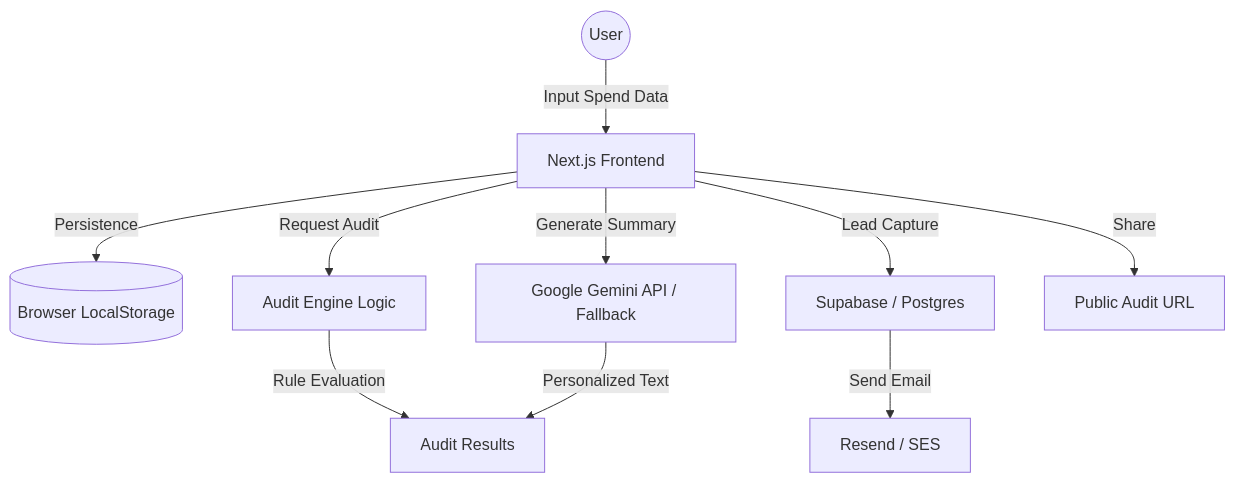
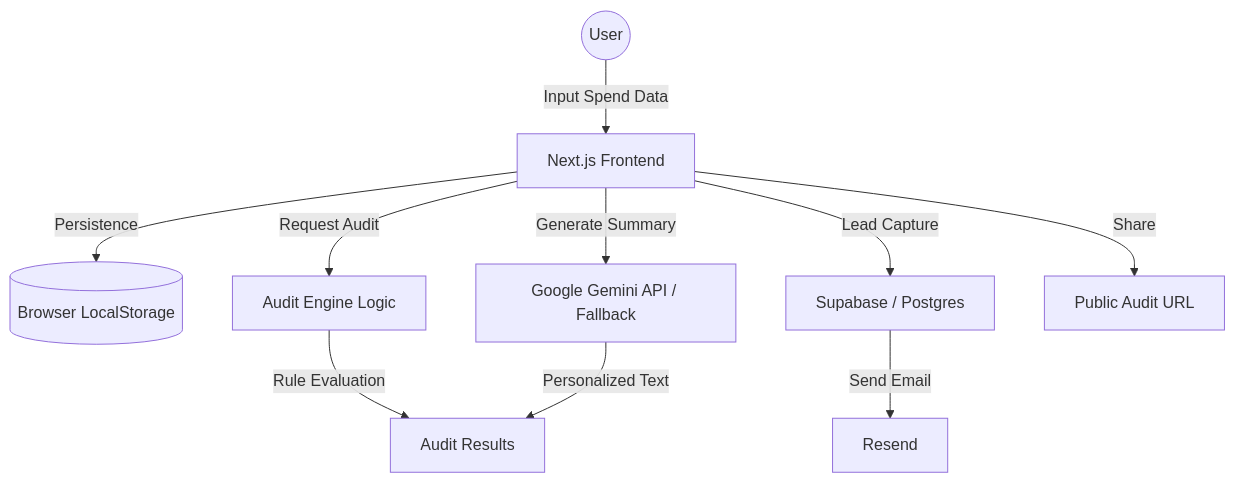
One commit to Arthurs-hub/Internships-Assignments changed the diagram in Credex_assignment/ARCHITECTURE.md. Above: the diagram before and after it, drawn with Mermaid. The commit also changed other lines of this file and 4 other files, not shown here.

Commit message:
docs: fix accuracy issues across ARCHITECTURE, PRICING_DATA, README, DEVLOG and layout metadata

````diff
--- a/Credex_assignment/ARCHITECTURE.md
+++ b/Credex_assignment/ARCHITECTURE.md
@@ -4,12 +4,12 @@
 ```mermaid
 graph TD
     User((User)) -->|Input Spend Data| Frontend[Next.js Frontend]
     Frontend -->|Persistence| LocalStorage[(Browser LocalStorage)]
     Frontend -->|Request Audit| AuditEngine[Audit Engine Logic]
     AuditEngine -->|Rule Evaluation| Results[Audit Results]
     Frontend -->|Generate Summary| LLM[Google Gemini API / Fallback]
     LLM -->|Personalized Text| Results
     Frontend -->|Lead Capture| Backend[Supabase / Postgres]
-    Backend -->|Send Email| EmailService[Resend / SES]
+    Backend -->|Send Email| EmailService[Resend]
     Frontend -->|Share| ShareURL[Public Audit URL]
 ```
````
